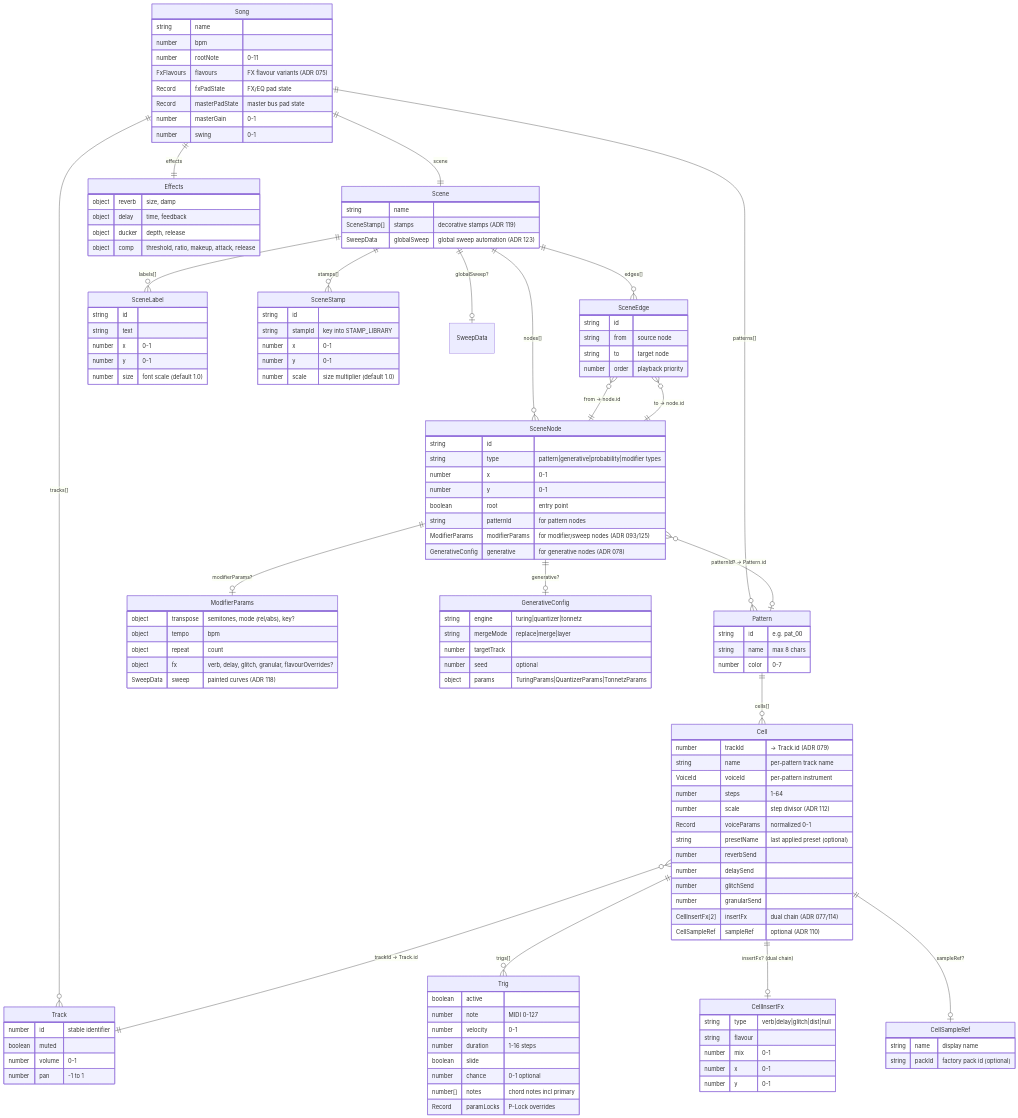
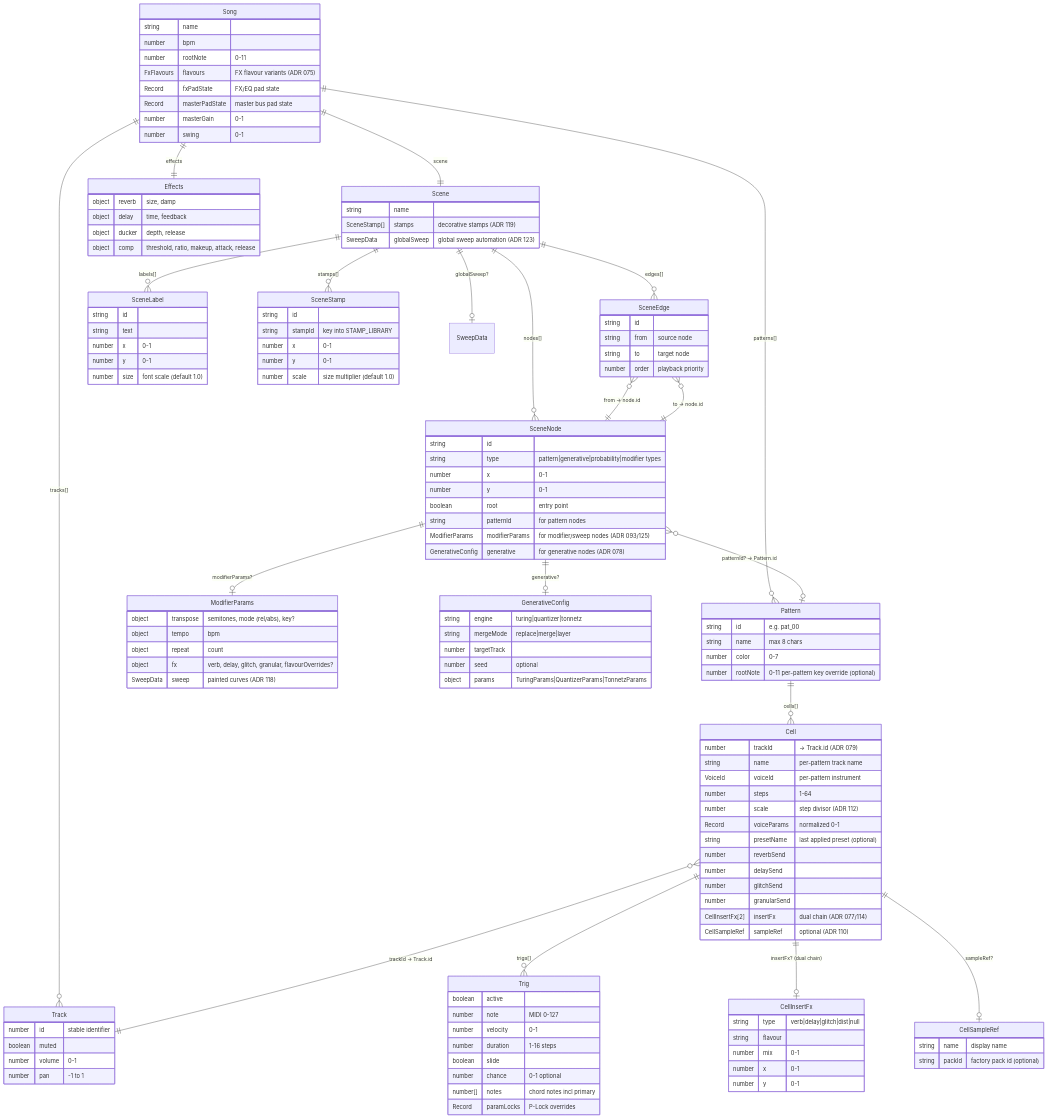
One commit to im9/inboil changed the first of 2 diagrams in docs/ai/DATA_MODEL.md. Above: the diagram before and after it, drawn with Mermaid. The commit also changed other lines of this file and 18 other files, not shown here.

```diff
--- a/docs/ai/DATA_MODEL.md
+++ b/docs/ai/DATA_MODEL.md
@@ -51,6 +51,7 @@
         string id "e.g. pat_00"
         string name "max 8 chars"
         number color "0-7"
+        number rootNote "0-11 per-pattern key override (optional)"
     }
 
     Cell {
```
